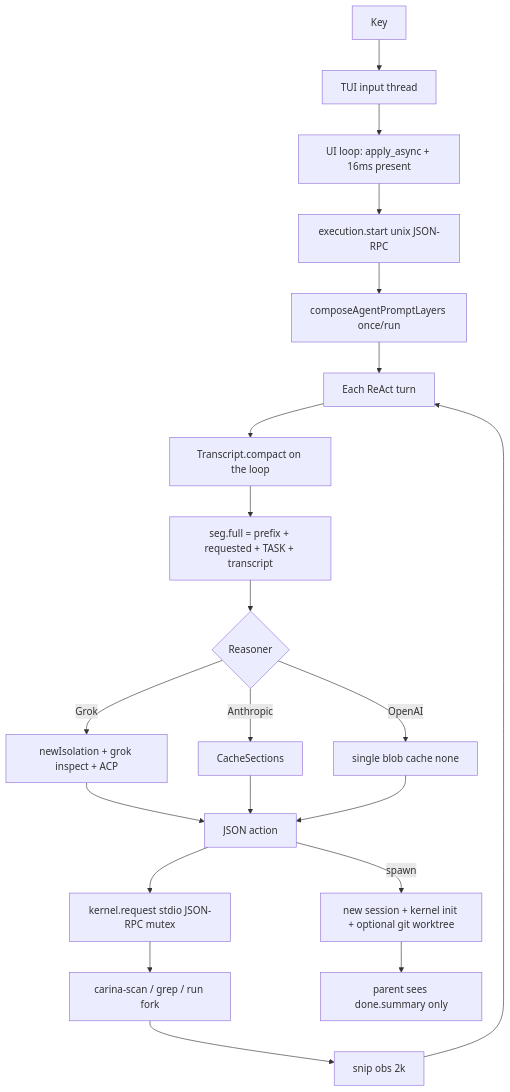
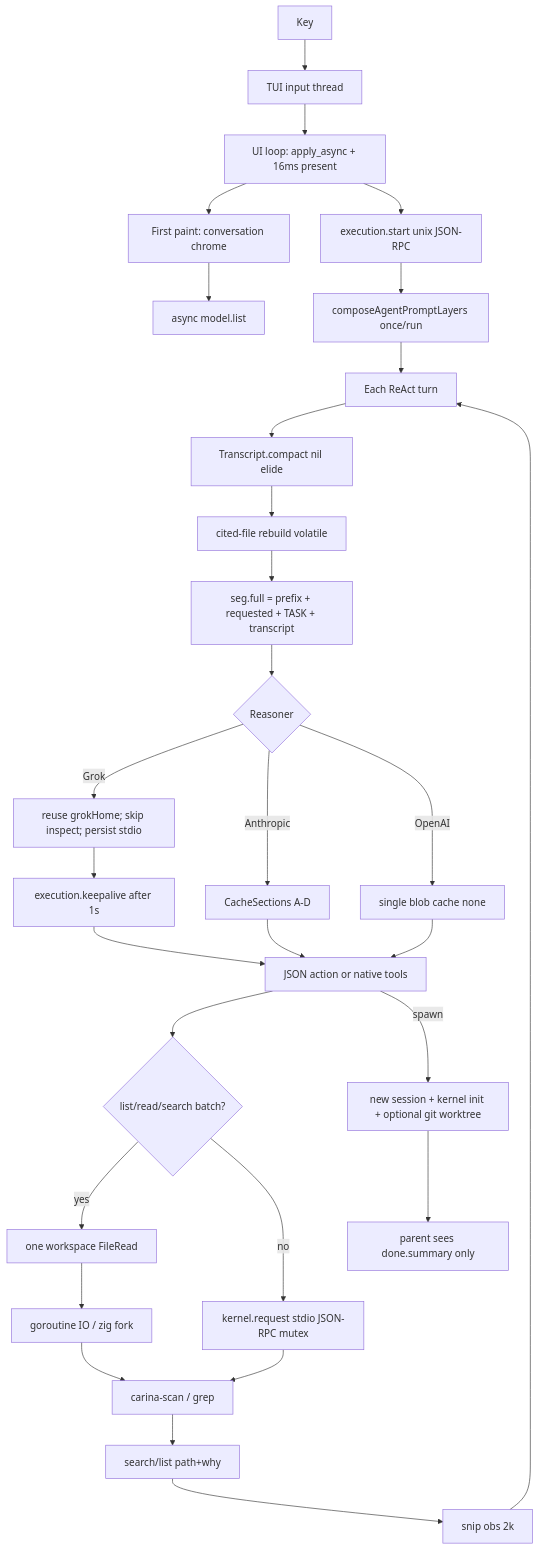
Before and after one commit to Nebutra/carina: the diagram in docs/HOT_PATH.md, drawn with Mermaid. The commit also changed other lines of this file and 7 other files, not shown here.

First line of the commit message:
feat: persist Grok ACP stdio across Thinks (P0-H11)

````diff
--- a/docs/HOT_PATH.md
+++ b/docs/HOT_PATH.md
@@ -18,23 +20,32 @@
 ```mermaid
 flowchart TD
   key[Key] --> tui[TUI input thread]
   tui --> loop[UI loop: apply_async + 16ms present]
+  loop --> first[First paint: conversation chrome]
+  first --> inv[async model.list]
   loop --> rpc[execution.start unix JSON-RPC]
   rpc --> layers[composeAgentPromptLayers once/run]
   layers --> turn[Each ReAct turn]
-  turn --> compact[Transcript.compact on the loop]
-  compact --> full["seg.full = prefix + requested + TASK + transcript"]
+  turn --> compact[Transcript.compact nil elide]
+  compact --> rebuild[cited-file rebuild volatile]
+  rebuild --> full["seg.full = prefix + requested + TASK + transcript"]
   full --> think{Reasoner}
-  think -->|Grok| isol[newIsolation + grok inspect + ACP]
-  think -->|Anthropic| cache[CacheSections]
+  think -->|Grok| isol["reuse grokHome; skip inspect; persist stdio"]
+  think -->|Anthropic| cache[CacheSections A-D]
   think -->|OpenAI| blob[single blob cache none]
-  isol --> act[JSON action]
-  cache --> act
+  isol --> ka[execution.keepalive after 1s]
+  cache --> act[JSON action or native tools]
   blob --> act
-  act --> kern["kernel.request stdio JSON-RPC mutex"]
-  kern --> zig[carina-scan / grep / run fork]
-  zig --> snip[snip obs 2k]
+  ka --> act
+  act --> batch{list/read/search batch?}
+  batch -->|yes| one[one workspace FileRead]
+  one --> fan[goroutine IO / zig fork]
+  batch -->|no| kern["kernel.request stdio JSON-RPC mutex"]
+  fan --> zig[carina-scan / grep]
+  kern --> zig
+  zig --> extract[search/list path+why]
+  extract --> snip[snip obs 2k]
   snip --> turn
   act -->|spawn| child[new session + kernel init + optional git worktree]
   child --> sum[parent sees done.summary only]
 ```
````
